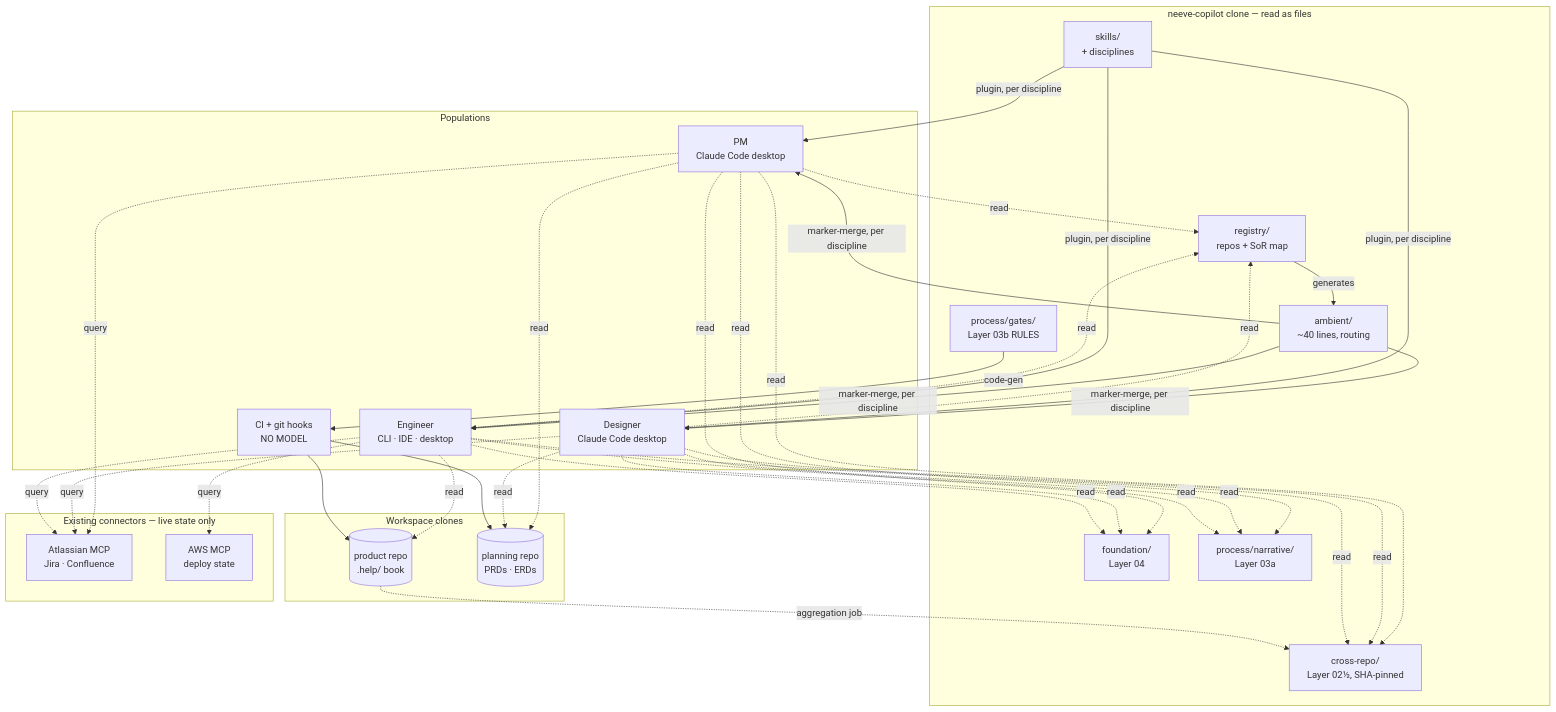
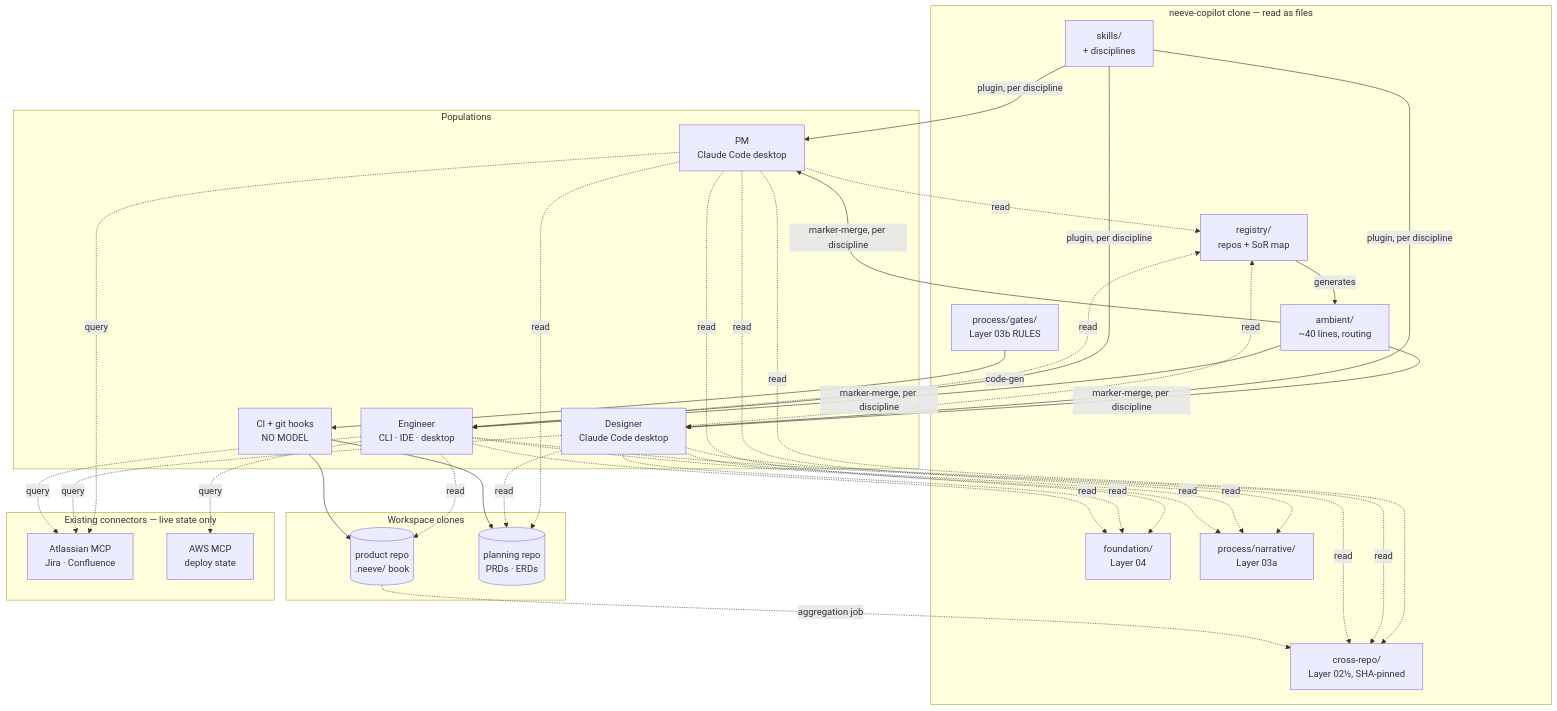
The diagram in docs/redesign/ARCHITECTURE.md (neeve-ai/neeve-copilot), drawn with Mermaid before and after one commit. The commit also changed other lines of this file and 4 other files, not shown here.

````diff
--- a/docs/redesign/ARCHITECTURE.md
+++ b/docs/redesign/ARCHITECTURE.md
@@ -127,42 +127,42 @@
 ```mermaid
 graph TB
     subgraph Populations
         PM[PM<br/>Claude Code desktop]
         UX[Designer<br/>Claude Code desktop]
         ENG[Engineer<br/>CLI · IDE · desktop]
         CI[CI + git hooks<br/>NO MODEL]
     end
 
     subgraph "neeve-copilot clone — read as files"
         AMB[ambient/<br/>~40 lines, routing]
         FND[foundation/<br/>Layer 04]
         PNAR[process/narrative/<br/>Layer 03a]
         PGATE[process/gates/<br/>Layer 03b RULES]
         XREPO[cross-repo/<br/>Layer 02½, SHA-pinned]
         REG[registry/<br/>repos + SoR map]
         SK[skills/<br/>+ disciplines]
     end
 
     subgraph "Workspace clones"
-        CODE[(product repo<br/>.help/ book)]
+        CODE[(product repo<br/>.neeve/ book)]
         PLAN[(planning repo<br/>PRDs · ERDs)]
     end
 
     subgraph "Existing connectors — live state only"
         ATL[Atlassian MCP<br/>Jira · Confluence]
         AWS[AWS MCP<br/>deploy state]
     end
 
     AMB -->|marker-merge, per discipline| PM & UX & ENG
     SK -->|plugin, per discipline| PM & UX & ENG
     REG -->|generates| AMB
     PGATE -->|code-gen| CI
 
     PM & UX & ENG -.read.-> FND & PNAR & XREPO & REG
     ENG -.read.-> CODE
     PM & UX -.read.-> PLAN
     PM & UX & ENG -.query.-> ATL
     ENG -.query.-> AWS
     CI --> CODE & PLAN
     CODE -.aggregation job.-> XREPO
 ```
````
